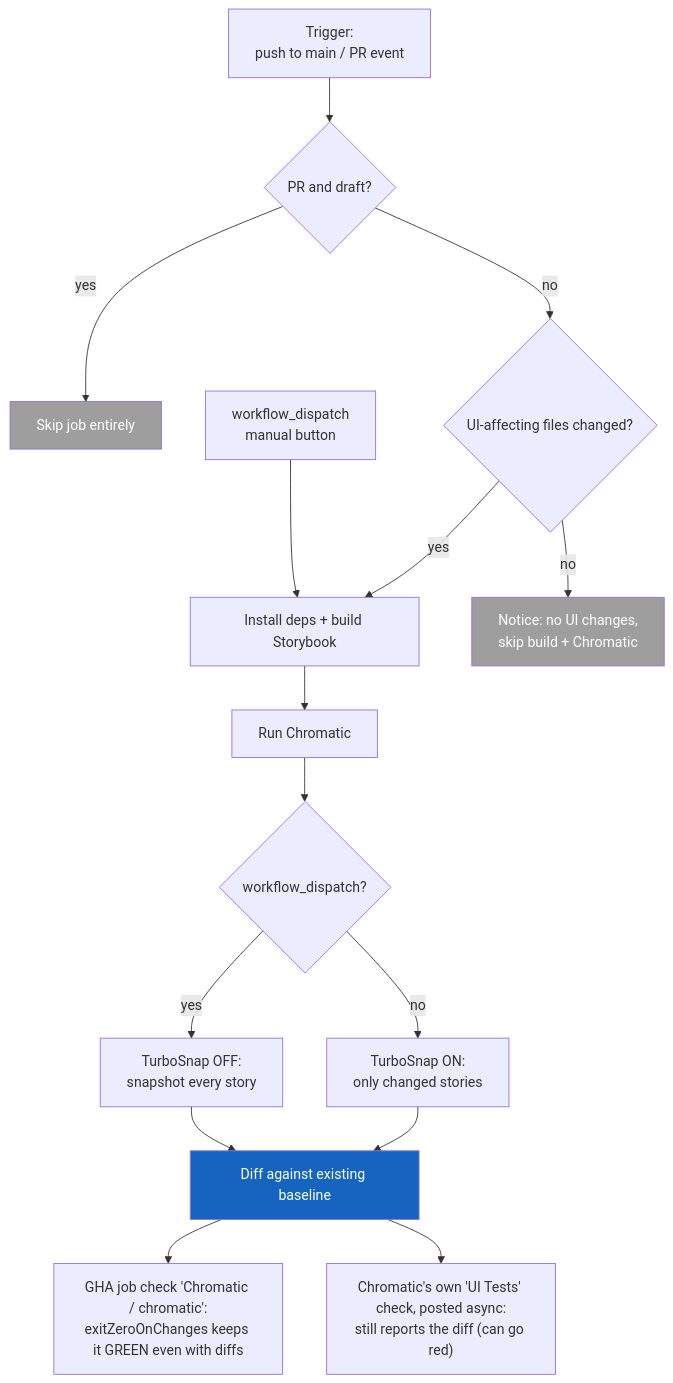
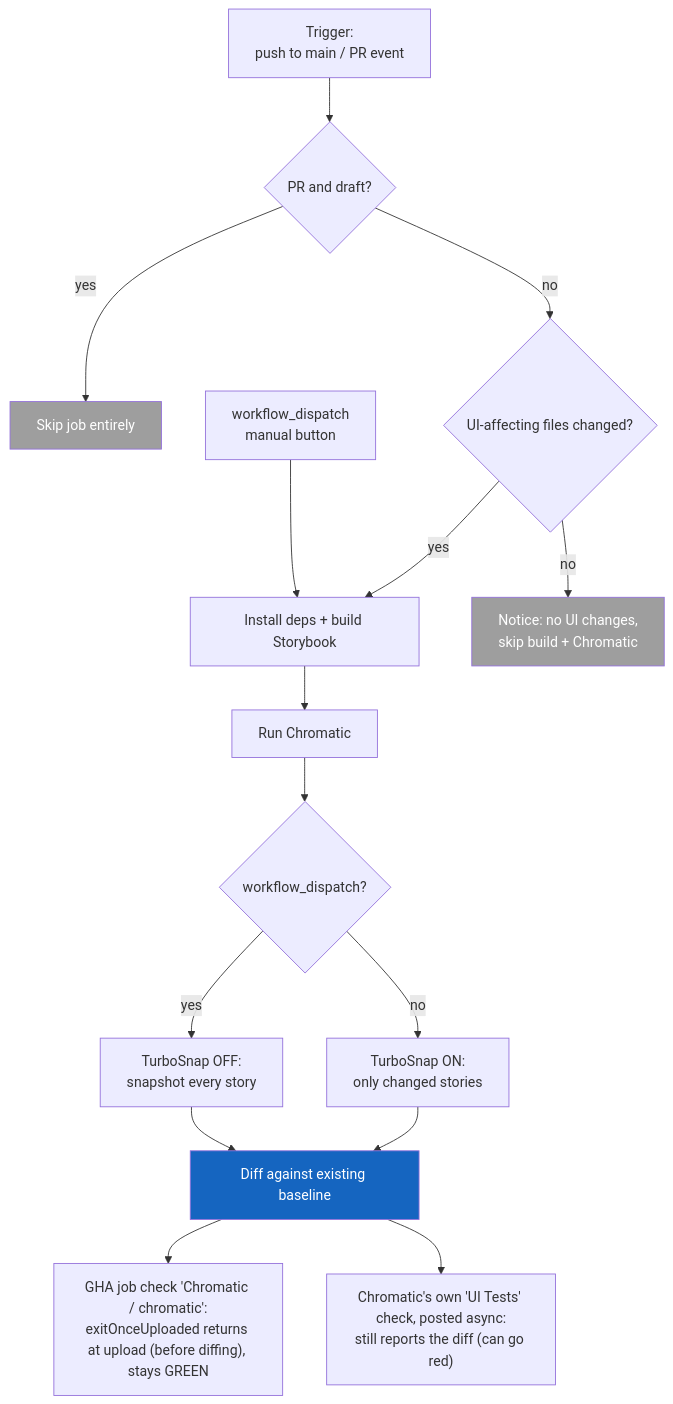
The diagram in docs/chromatic-visual-testing.md (commercetools/nimbus), drawn with Mermaid before and after one commit. The commit also changed other lines of this file and 3 other files, not shown here.

````diff
--- a/docs/chromatic-visual-testing.md
+++ b/docs/chromatic-visual-testing.md
@@ -15,21 +15,21 @@
 ```mermaid
 flowchart TD
     A[Trigger:<br/>push to main / PR event] --> B{PR and draft?}
     B -->|yes| S[Skip job entirely]
     B -->|no| C{UI-affecting files changed?}
     M[workflow_dispatch<br/>manual button] --> D
     C -->|no| N["Notice: no UI changes,<br/>skip build + Chromatic"]
     C -->|yes| D[Install deps + build Storybook]
     D --> R[Run Chromatic]
     R --> E{workflow_dispatch?}
     E -->|yes| F[TurboSnap OFF:<br/>snapshot every story]
     E -->|no| G[TurboSnap ON:<br/>only changed stories]
     F --> H[Diff against existing baseline]
     G --> H
-    H --> I["GHA job check 'Chromatic / chromatic':<br/>exitZeroOnChanges keeps it GREEN even with diffs"]
+    H --> I["GHA job check 'Chromatic / chromatic':<br/>exitOnceUploaded returns at upload (before diffing), stays GREEN"]
     H --> K["Chromatic's own 'UI Tests' check, posted async:<br/>still reports the diff (can go red)"]
 
     style S fill:#9e9e9e,color:#fff
     style N fill:#9e9e9e,color:#fff
     style H fill:#1565C0,color:#fff
 ```
````
